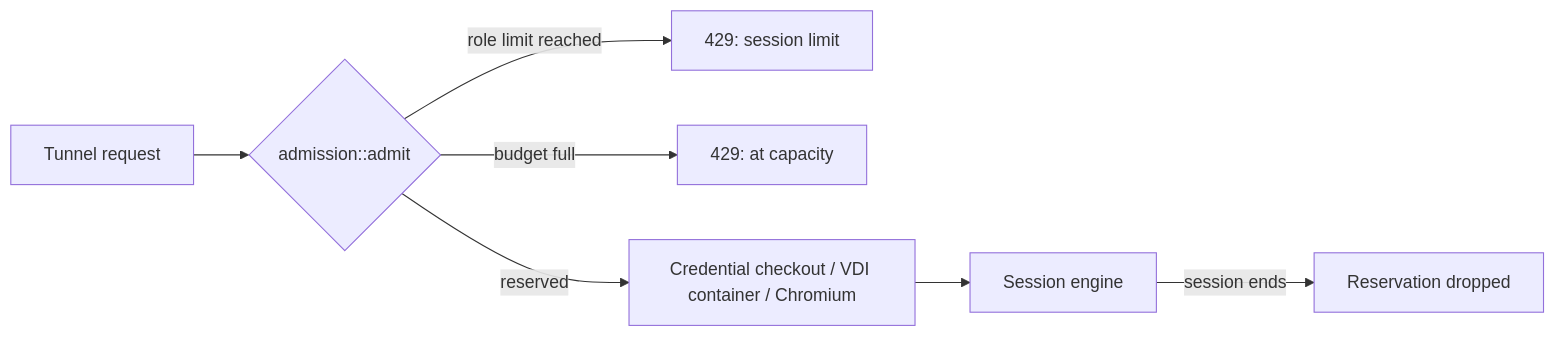
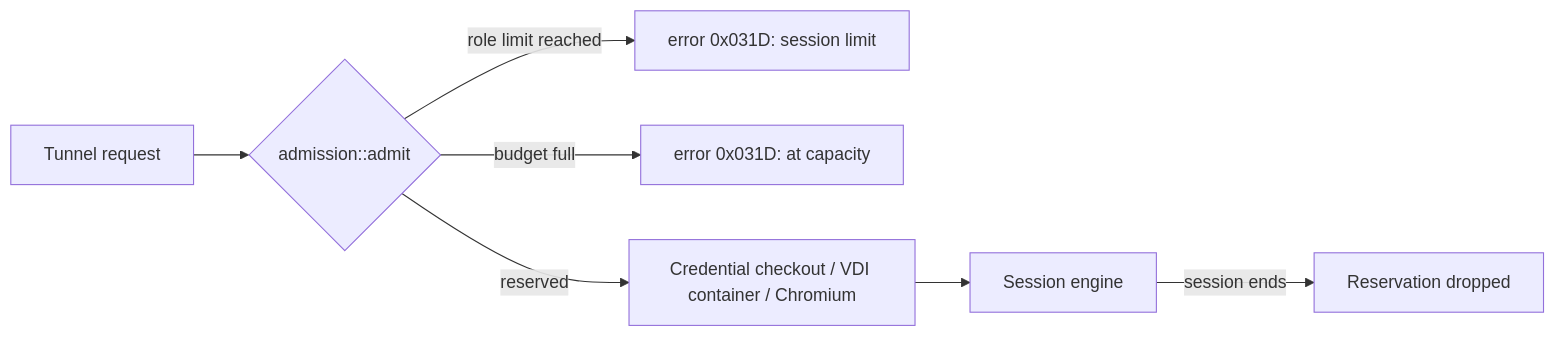
Before and after one commit to Bails309/strata-client: the eighth of 11 diagrams in docs/architecture.md, drawn with Mermaid. The commit also changed other lines of this file and 29 other files, not shown here.

First line of the commit message:
feat: Enhance session capacity management and error handling (#483)

````diff
--- a/docs/architecture.md
+++ b/docs/architecture.md
@@ -2528,9 +2529,9 @@
 ```mermaid
 flowchart LR
     T[Tunnel request] --> A{admission::admit}
-    A -- role limit reached --> R1[429: session limit]
-    A -- budget full --> R2[429: at capacity]
+    A -- role limit reached --> R1[error 0x031D: session limit]
+    A -- budget full --> R2[error 0x031D: at capacity]
     A -- reserved --> C[Credential checkout / VDI container / Chromium]
     C --> E[Session engine]
     E -- session ends --> D[Reservation dropped]
 ```
````
